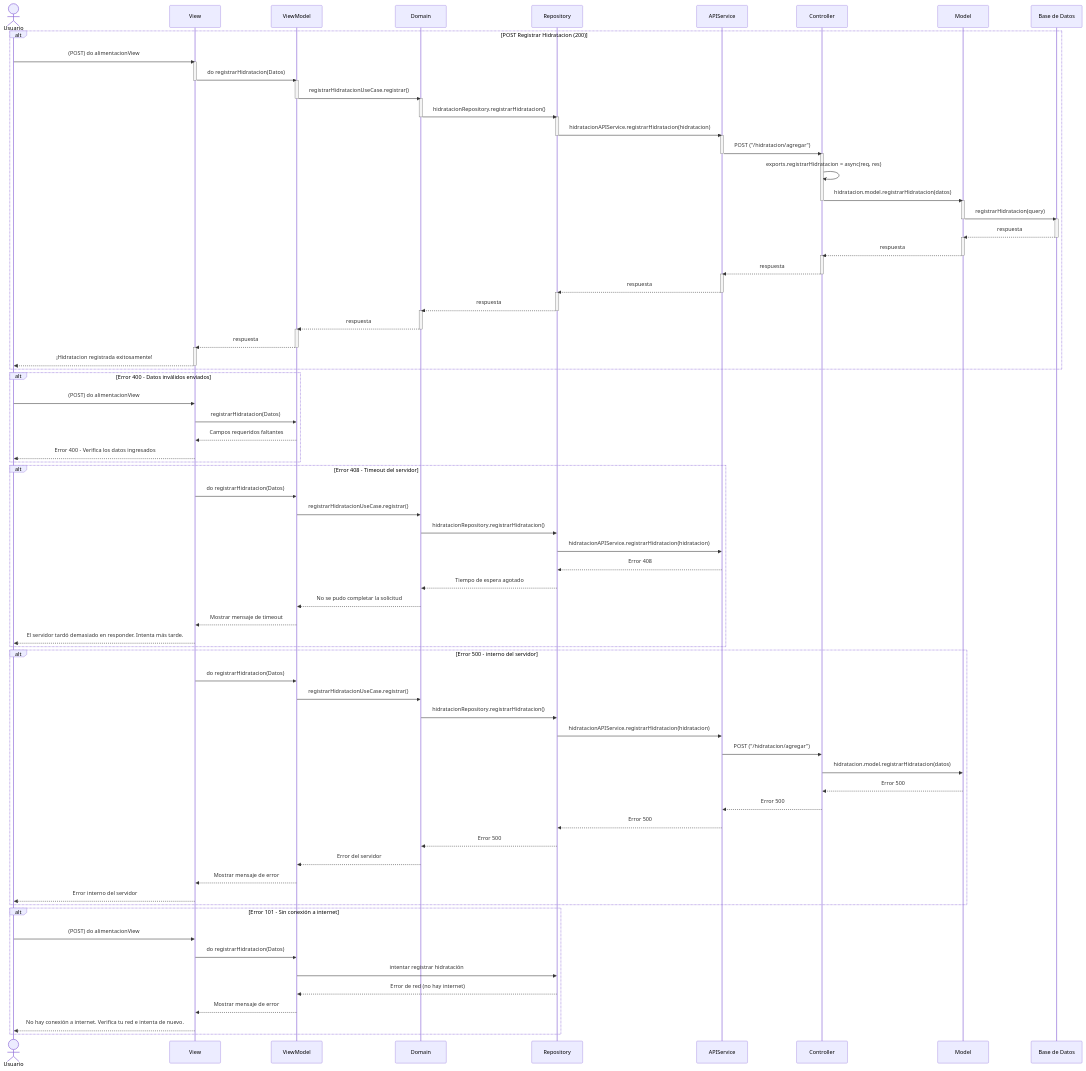
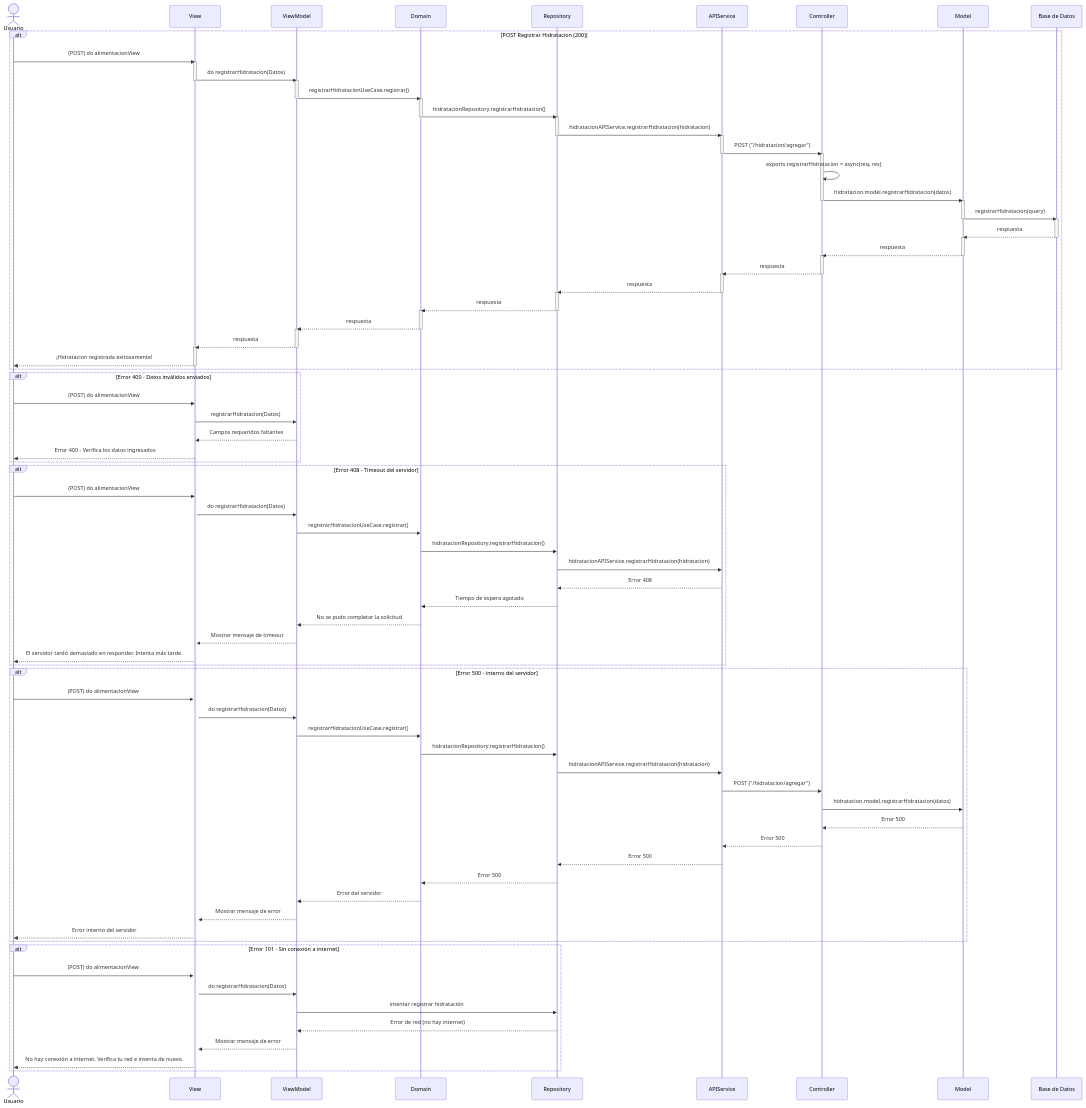
Before and after one commit to CodeAnd-Co/Documentacion: the diagram in documentation/docs/proyectos/larvas/documentacion/requisitos/RF36.md, drawn with Mermaid.

Commit message:
Agrega correciones parte 2

```diff
--- a/documentation/docs/proyectos/larvas/documentacion/requisitos/RF36.md
+++ b/documentation/docs/proyectos/larvas/documentacion/requisitos/RF36.md
@@ -91,6 +91,8 @@
     end
 
     alt Error 408 - Timeout del servidor
+    Usuario->>View: (POST) do alimentacionView
+    activate View
     View->>ViewModel: do registrarHidratacion(Datos)
     ViewModel->>Domain: registrarHidratacionUseCase.registrar()
     Domain->>Repository: hidratacionRepository.registrarHidratacion()
@@ -103,6 +105,8 @@
     end
 
     alt Error 500 - interno del servidor
+    Usuario->>View: (POST) do alimentacionView
+    activate View
     View->>ViewModel: do registrarHidratacion(Datos)
     ViewModel->>Domain: registrarHidratacionUseCase.registrar()
     Domain->>Repository: hidratacionRepository.registrarHidratacion()
```
